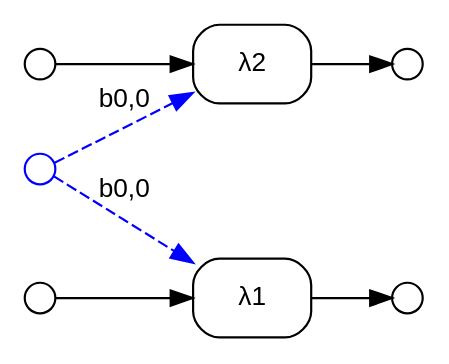
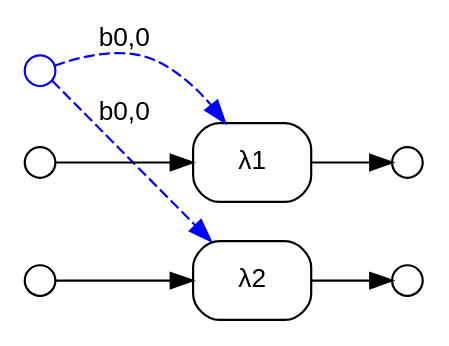
One commit to ammatsui/bhypvis changed the diagram in safety_unsafe_bound_multiple_edges.dot. Above: the diagram before and after it, drawn with Graphviz. The commit also changed other lines of this file and 759 other files, not shown here.

```diff
--- a/safety_unsafe_bound_multiple_edges.dot
+++ b/safety_unsafe_bound_multiple_edges.dot
@@ -1,28 +1,28 @@
 digraph G {
   fontname="Helvetica"
   fontsize=12
   rankdir=LR;
   node [fontname="Helvetica", fontsize=12];
   edge [fontname="Helvetica", fontsize=12];
 
   // Nodes
+  n0 [label="", shape=circle, style=filled, fillcolor=white, color="blue", width=0.2, height=0.2, fixedsize=true];
+  n1 [label="", shape=circle, style=filled, fillcolor=white, color="black", width=0.2, height=0.2, fixedsize=true];
   n2 [label="", shape=circle, style=filled, fillcolor=white, color="black", width=0.2, height=0.2, fixedsize=true];
-  n0 [label="", shape=circle, style=filled, fillcolor=white, color="blue", width=0.2, height=0.2, fixedsize=true];
   n3 [label="", shape=circle, style=filled, fillcolor=white, color="black", width=0.2, height=0.2, fixedsize=true];
   n4 [label="", shape=circle, style=filled, fillcolor=white, color="black", width=0.2, height=0.2, fixedsize=true];
-  n1 [label="", shape=circle, style=filled, fillcolor=white, color="black", width=0.2, height=0.2, fixedsize=true];
 
   // Hyperedges
+  e0 [label="λ1", shape=box, style=rounded, color="black"];
   e1 [label="λ2", shape=box, style=rounded, color="black"];
-  e0 [label="λ1", shape=box, style=rounded, color="black"];
 
   // Source connections
+  n1 -> e0 [label=""];
+  n0 -> e0 [style=dashed, color="blue", constraint=false, label="b0,0"];
   n2 -> e1 [label=""];
   n0 -> e1 [style=dashed, color="blue", constraint=false, label="b0,0"];
-  n1 -> e0 [label=""];
-  n0 -> e0 [style=dashed, color="blue", constraint=false, label="b0,0"];
 
   // Target connections
+  e0 -> n3 [label=""];
   e1 -> n4 [label=""];
-  e0 -> n3 [label=""];
 }
```
